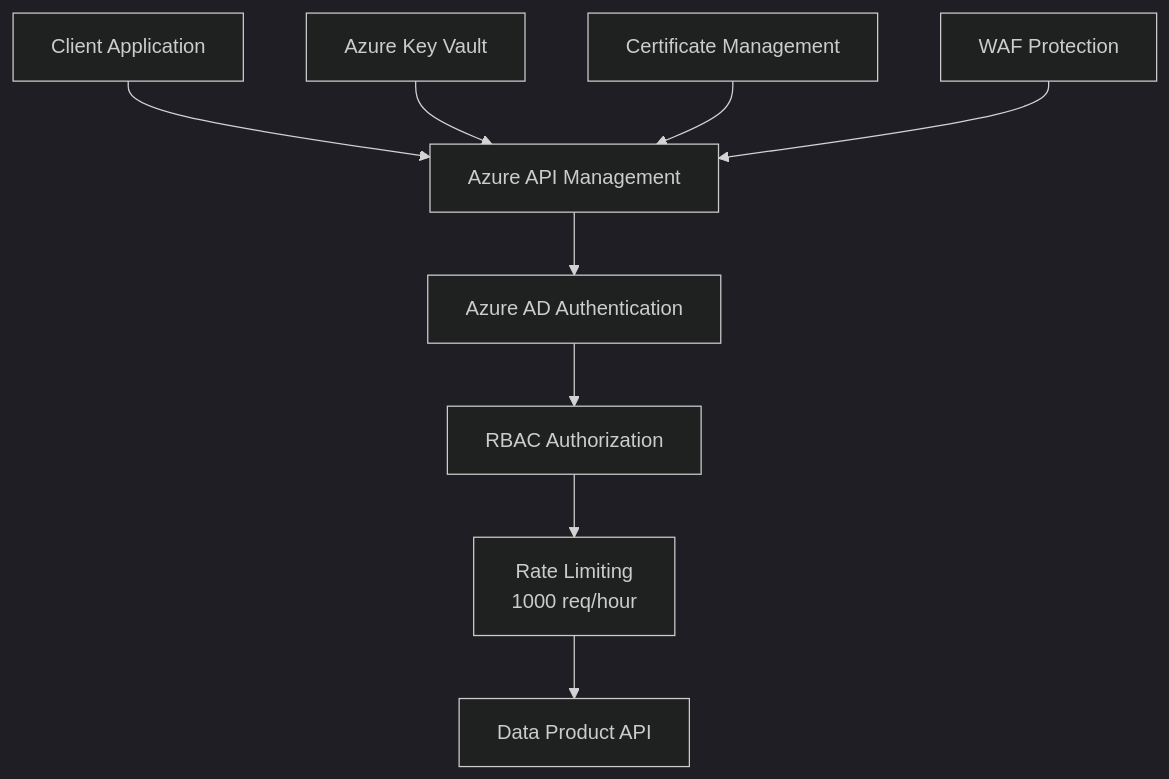
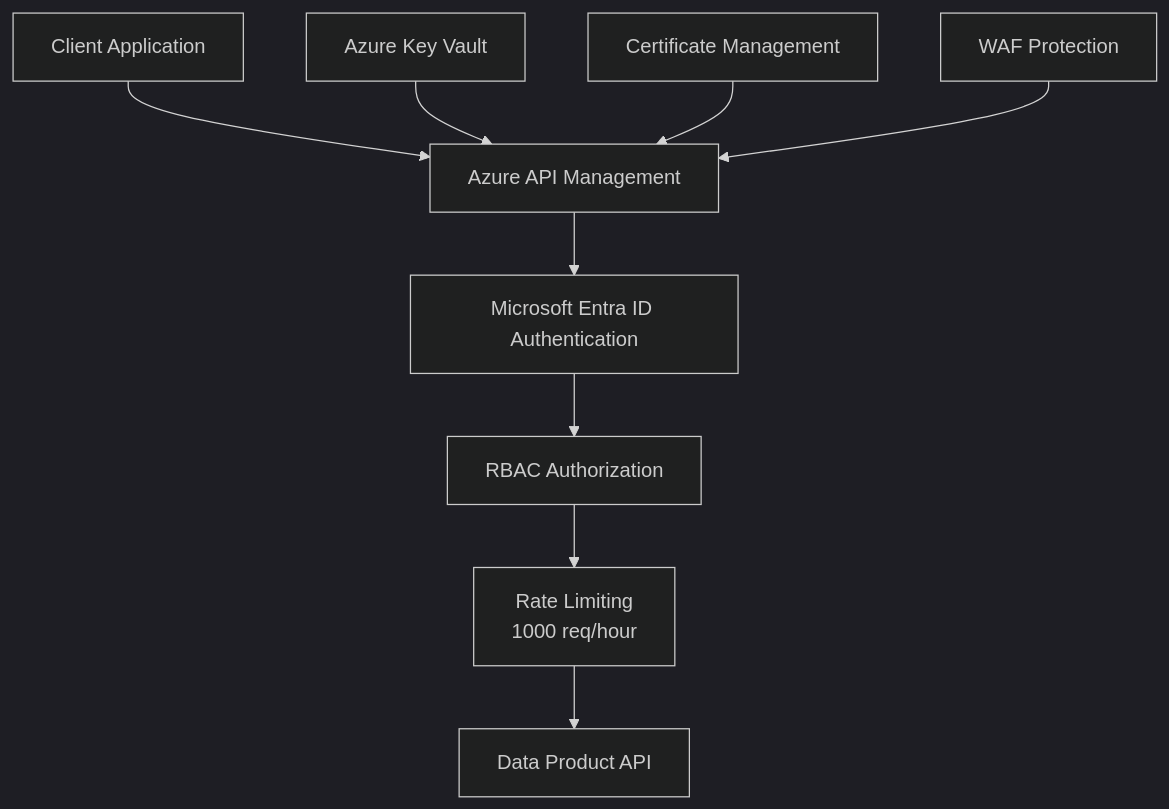
The fifth of 5 diagrams in examples/dot/ARCHITECTURE.md (fgarofalo56/csa-inabox), drawn with Mermaid (dark theme) before and after one commit. The commit also changed other lines of this file and 836 other files, not shown here.

````diff
--- a/examples/dot/ARCHITECTURE.md
+++ b/examples/dot/ARCHITECTURE.md
@@ -417,12 +417,12 @@
 ```mermaid
 graph TD
     A[Client Application] --> B[Azure API Management]
-    B --> C[Azure AD Authentication]
+    B --> C[Microsoft Entra ID Authentication]
     C --> D[RBAC Authorization]
     D --> E[Rate Limiting<br/>1000 req/hour]
     E --> F[Data Product API]
 
     G[Azure Key Vault] --> B
     H[Certificate Management] --> B
     I[WAF Protection] --> B
 ```
````
